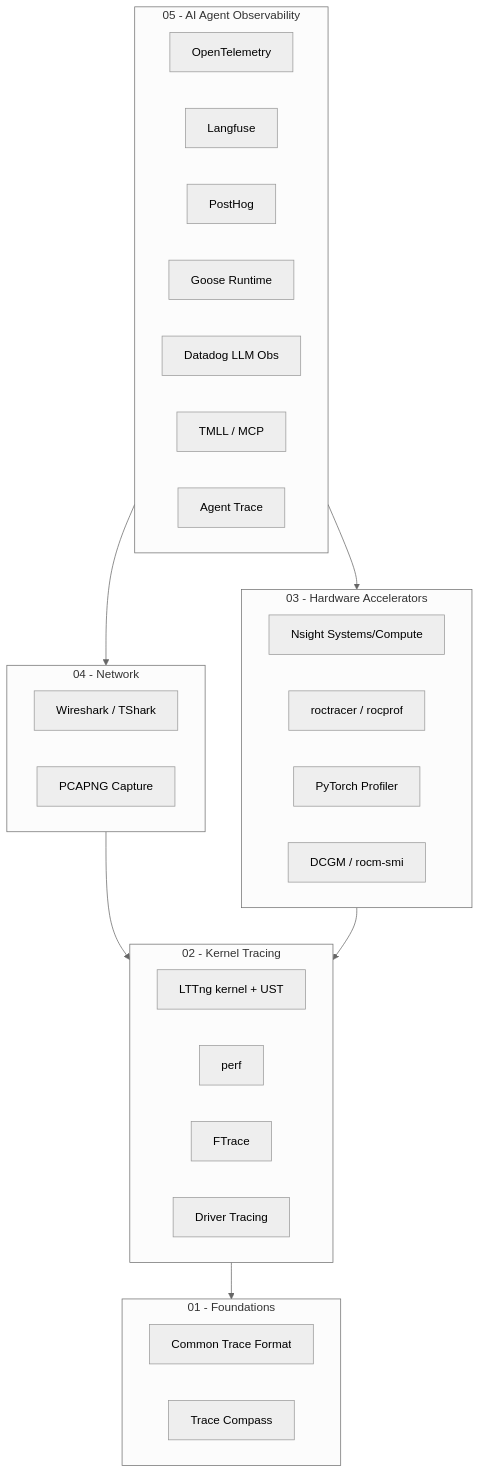
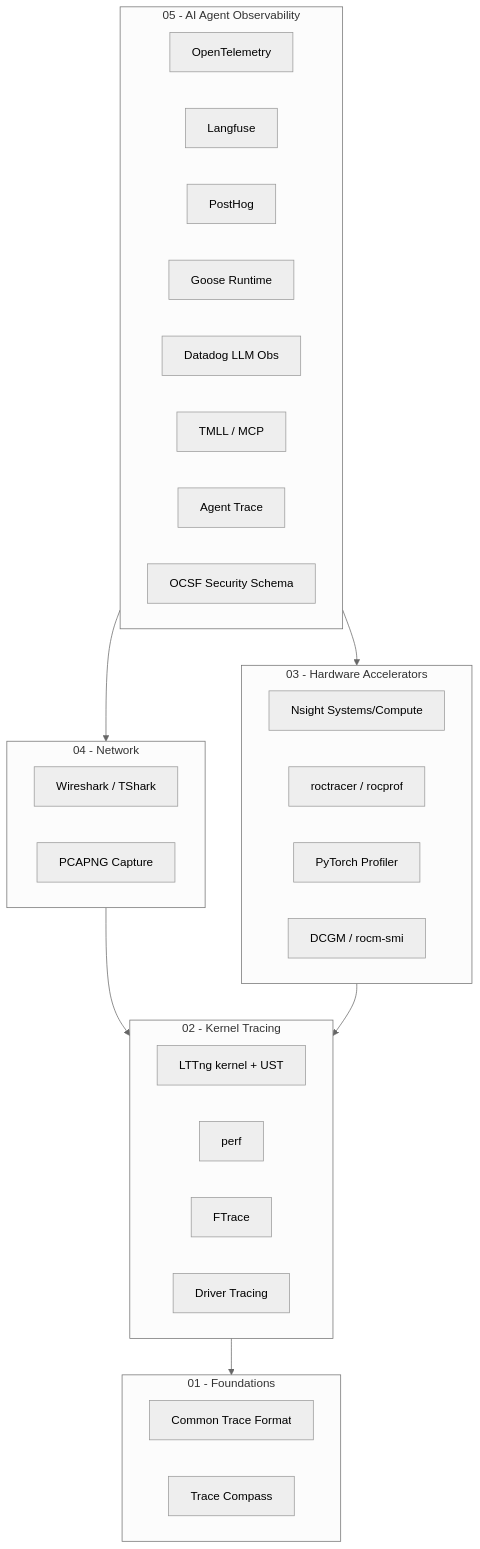
Before and after one commit to MatthewKhouzam/aaif-tracing-rundown: the first of 21 diagrams in best-practices.md, drawn with Mermaid (neutral theme). The commit also changed other lines of this file and 2 other files, not shown here.

Commit message:
Add AAIF reference architecture for OCSF

````diff
--- a/best-practices.md
+++ b/best-practices.md
@@ -9,42 +9,43 @@
 ```mermaid
 graph TB
     subgraph L5["05 - AI Agent Observability"]
         OTEL[OpenTelemetry]
         LANG[Langfuse]
         POST[PostHog]
         GOOSE[Goose Runtime]
         DD[Datadog LLM Obs]
         TMLL[TMLL / MCP]
         AT[Agent Trace]
+        OCSF[OCSF Security Schema]
     end
 
     subgraph L4["04 - Network"]
         WIRE[Wireshark / TShark]
         PCAP[PCAPNG Capture]
     end
 
     subgraph L3["03 - Hardware Accelerators"]
         NSIGHT[Nsight Systems/Compute]
         ROCPROF[roctracer / rocprof]
         PYTORCH[PyTorch Profiler]
         DCGM[DCGM / rocm-smi]
     end
 
     subgraph L2["02 - Kernel Tracing"]
         LTTNG[LTTng kernel + UST]
         PERF[perf]
         FTRACE[FTrace]
         DRIVER[Driver Tracing]
     end
 
     subgraph L1["01 - Foundations"]
         CTF[Common Trace Format]
         TC[Trace Compass]
     end
 
     L5 --> L4
     L5 --> L3
     L4 --> L2
     L3 --> L2
     L2 --> L1
 ```
````
